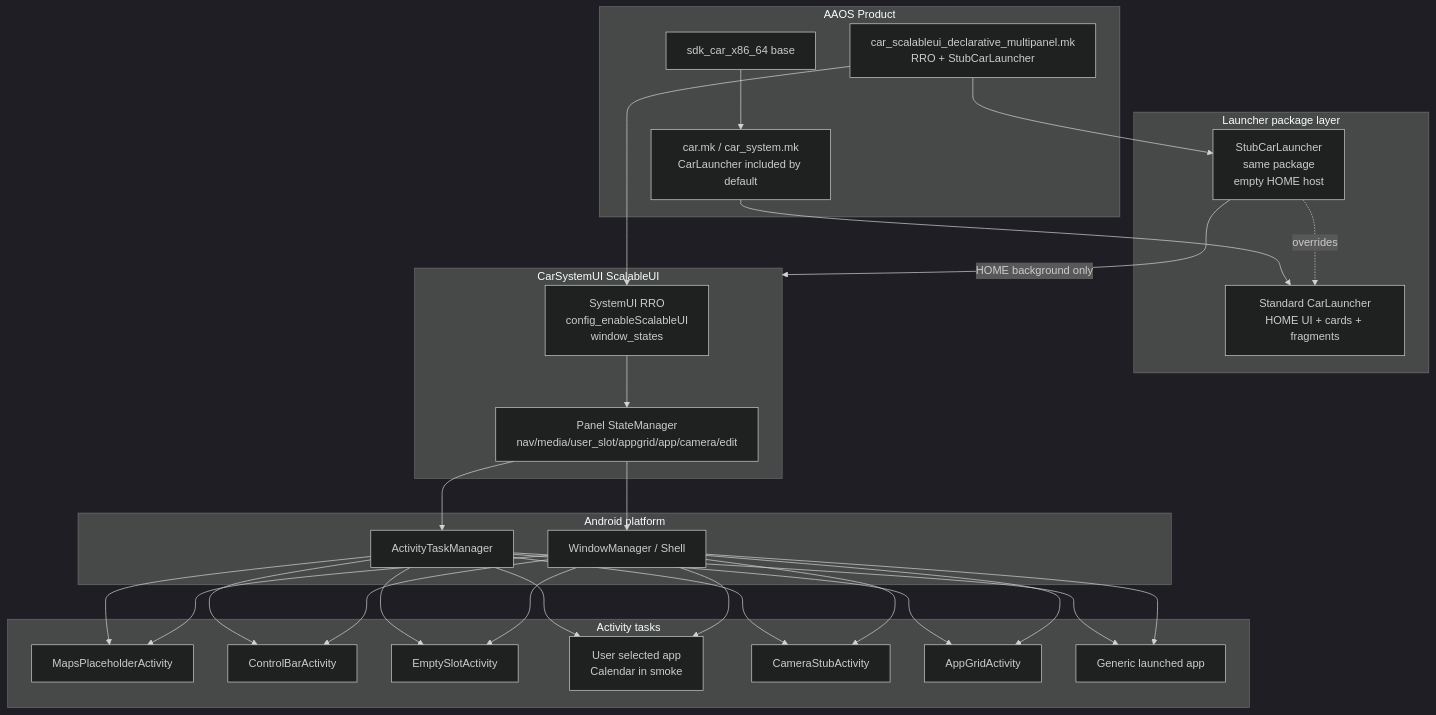
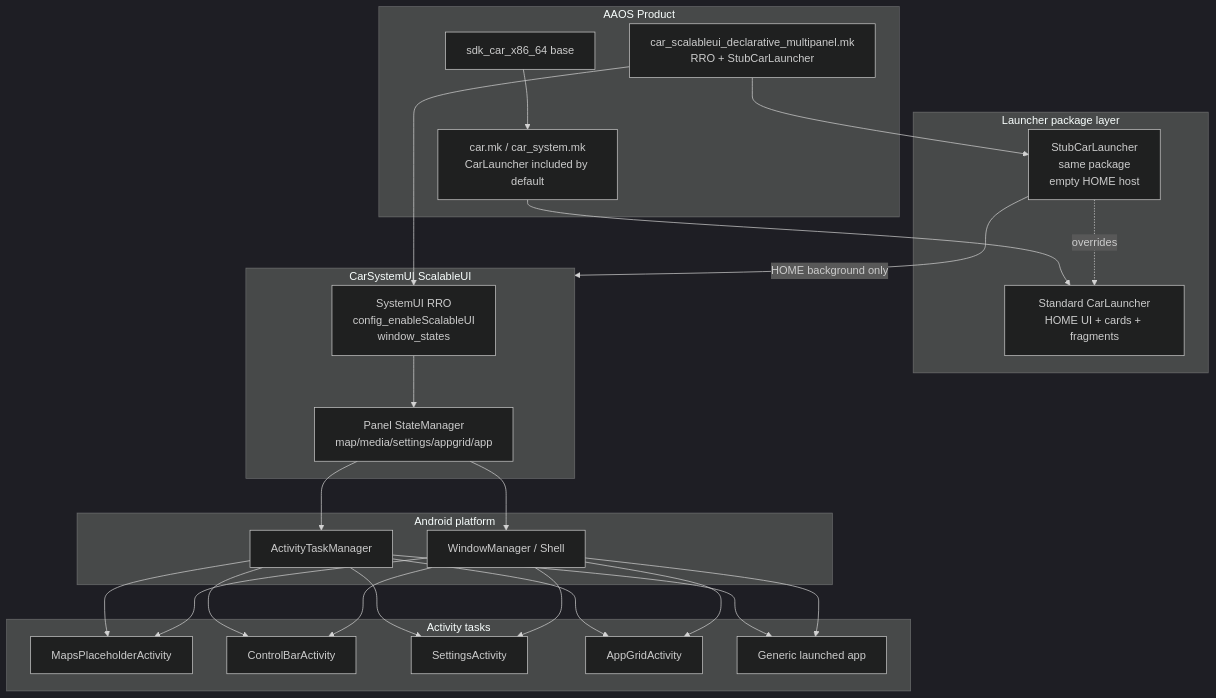
One commit to Nyma-fuk/scalableui-poc changed the seventh of 7 diagrams in docs/scalableui_window_manager_flow_ja.md. Above: the diagram before and after it, drawn with Mermaid (dark theme). The commit also changed other lines of this file and 49 other files, not shown here.

````diff
--- a/docs/scalableui_window_manager_flow_ja.md
+++ b/docs/scalableui_window_manager_flow_ja.md
@@ -447,57 +427,51 @@
 ```mermaid
 flowchart TB
     subgraph Product[AAOS Product]
       SDK[sdk_car_x86_64 base]
       CarMk[car.mk / car_system.mk<br/>CarLauncher included by default]
       PocMk[car_scalableui_declarative_multipanel.mk<br/>RRO + StubCarLauncher]
     end
 
     subgraph LauncherLayer[Launcher package layer]
       RealLauncher[Standard CarLauncher<br/>HOME UI + cards + fragments]
       StubLauncher[StubCarLauncher<br/>same package<br/>empty HOME host]
     end
 
     subgraph SystemUILayer[CarSystemUI ScalableUI]
       RRO[SystemUI RRO<br/>config_enableScalableUI<br/>window_states]
-      Panels[Panel StateManager<br/>nav/media/user_slot/appgrid/app/camera/edit]
+      Panels[Panel StateManager<br/>map/media/settings/appgrid/app]
     end
 
     subgraph Platform[Android platform]
       ATM[ActivityTaskManager]
       WM[WindowManager / Shell]
     end
 
     subgraph Apps[Activity tasks]
-      Nav[MapsPlaceholderActivity]
+      Map[MapsPlaceholderActivity]
       Media[ControlBarActivity]
-      Empty[EmptySlotActivity]
-      UserApp[User selected app<br/>Calendar in smoke]
-      Camera[CameraStubActivity]
+      Settings[SettingsActivity]
       AppGrid[AppGridActivity]
       Generic[Generic launched app]
     end
 
     SDK --> CarMk
     CarMk --> RealLauncher
     PocMk --> StubLauncher
     StubLauncher -. overrides .-> RealLauncher
     PocMk --> RRO
     StubLauncher -->|HOME background only| SystemUILayer
     RRO --> Panels
     Panels --> ATM
     Panels --> WM
-    ATM --> Nav
+    ATM --> Map
     ATM --> Media
-    ATM --> Empty
-    ATM --> UserApp
-    ATM --> Camera
+    ATM --> Settings
     ATM --> AppGrid
     ATM --> Generic
-    WM --> Nav
+    WM --> Map
     WM --> Media
-    WM --> Empty
-    WM --> UserApp
-    WM --> Camera
+    WM --> Settings
     WM --> AppGrid
     WM --> Generic
 ```
````
